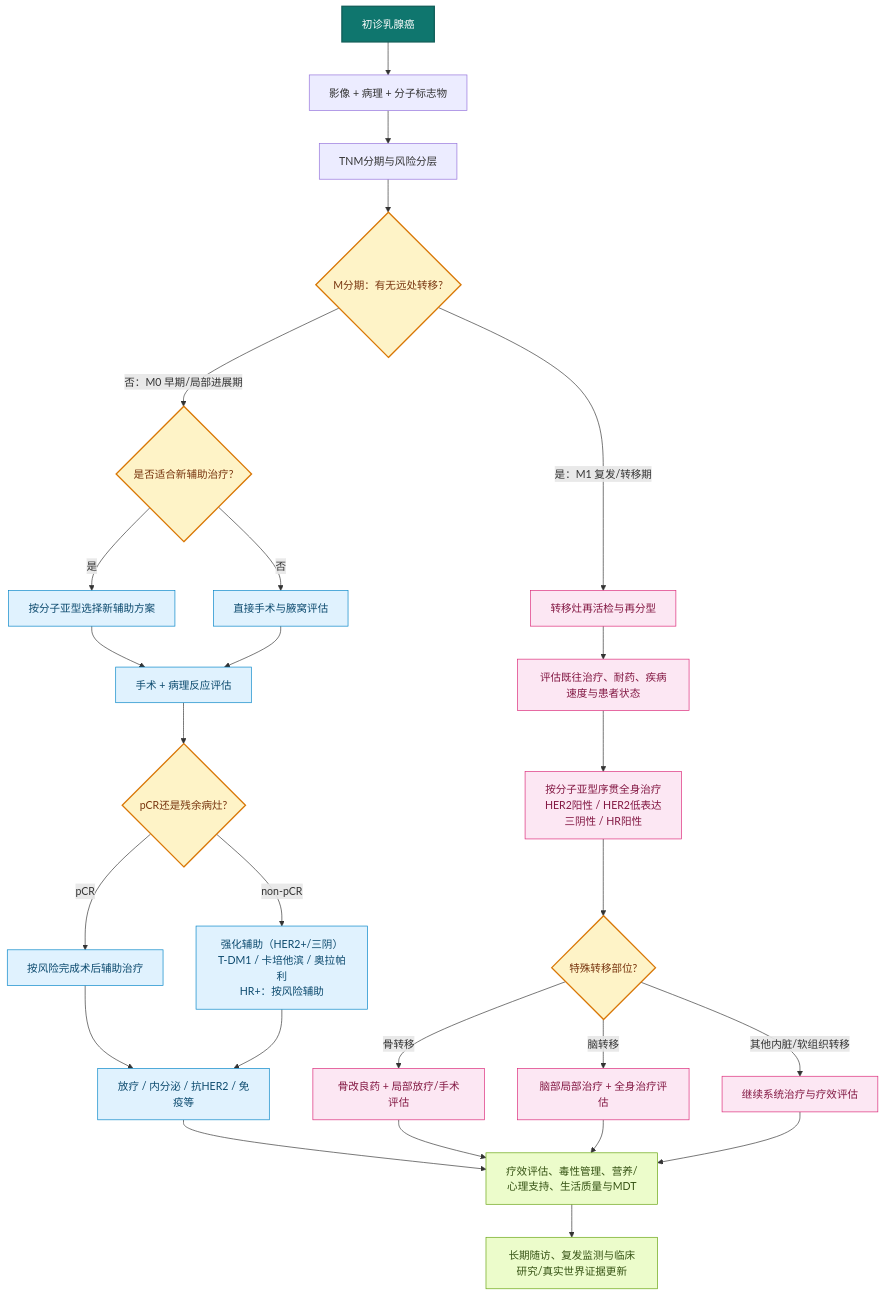
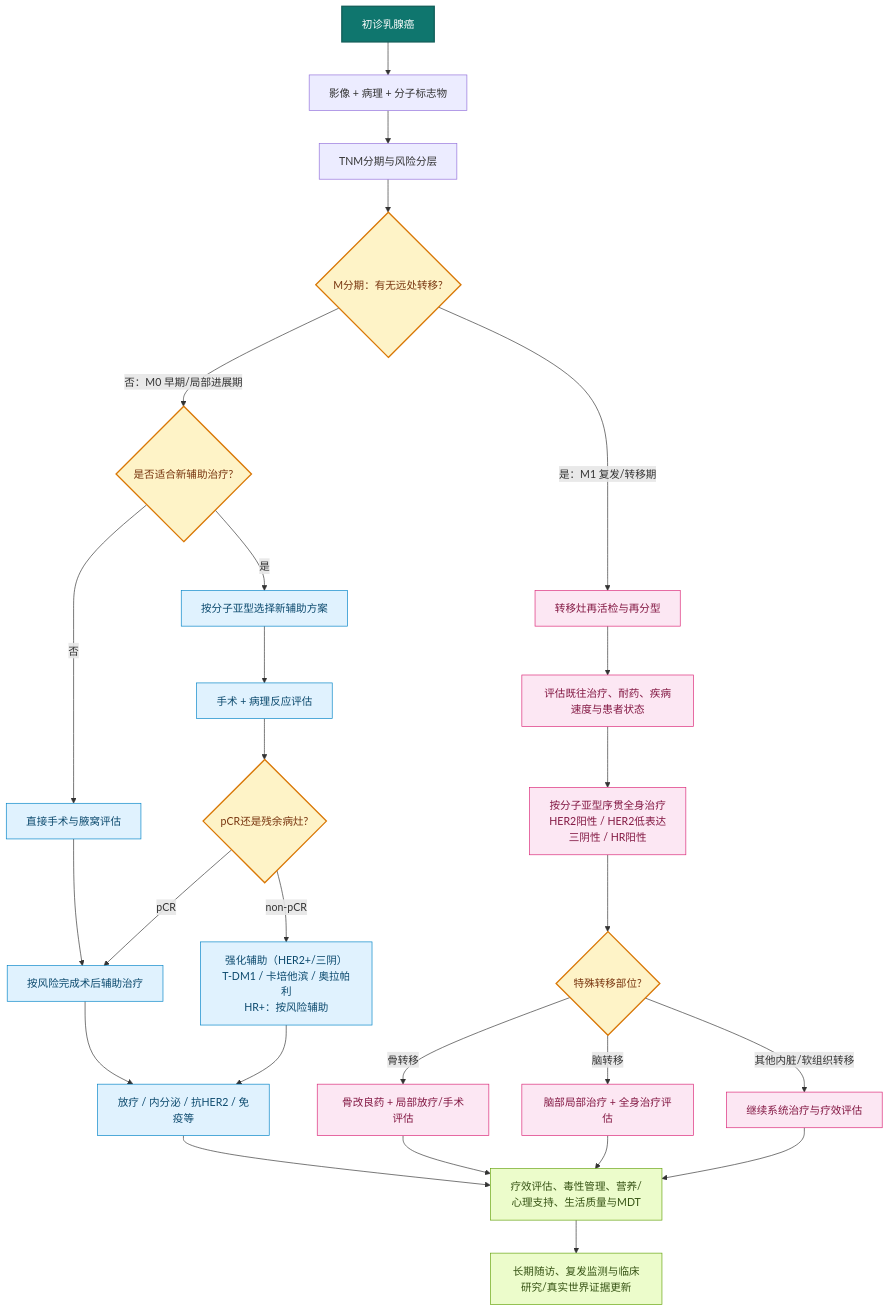
One commit to dongjb741280/breast-cancer changed the diagram in diagrams/breast-cancer-treatment-decision-chain.mmd. Above: the diagram before and after it, drawn with Mermaid. The commit also changed 4 other files, not shown here.

```diff
--- a/diagrams/breast-cancer-treatment-decision-chain.mmd
+++ b/diagrams/breast-cancer-treatment-decision-chain.mmd
@@ -1,42 +1,42 @@
 %% 乳腺癌诊疗决策链（高层结构图）
 %% 范围：常见乳腺癌主线；未含年轻乳腺癌、男性乳腺癌及恶性叶状肿瘤（见指南第八/九/十章）
 graph TD
     A[初诊乳腺癌] --> B[影像 + 病理 + 分子标志物]
     B --> C[TNM分期与风险分层]
     C --> D{M分期：有无远处转移?}
 
     D -->|否：M0 早期/局部进展期| E{是否适合新辅助治疗?}
     E -->|是| F[按分子亚型选择新辅助方案]
     E -->|否| G[直接手术与腋窝评估]
     F --> H[手术 + 病理反应评估]
-    G --> H
+    G --> J[按风险完成术后辅助治疗]
     H --> I{pCR还是残余病灶?}
     I -->|pCR| J[按风险完成术后辅助治疗]
     I -->|non-pCR| K[强化辅助（HER2+/三阴）<br/>T-DM1 / 卡培他滨 / 奥拉帕利<br/>HR+：按风险辅助]
     J --> L[放疗 / 内分泌 / 抗HER2 / 免疫等]
     K --> L
 
     D -->|是：M1 复发/转移期| M[转移灶再活检与再分型]
     M --> N[评估既往治疗、耐药、疾病速度与患者状态]
     N --> O[按分子亚型序贯全身治疗<br/>HER2阳性 / HER2低表达<br/>三阴性 / HR阳性]
     O --> P{特殊转移部位?}
     P -->|骨转移| Q[骨改良药 + 局部放疗/手术评估]
     P -->|脑转移| R[脑部局部治疗 + 全身治疗评估]
     P -->|其他内脏/软组织转移| S[继续系统治疗与疗效评估]
 
     L --> T[疗效评估、毒性管理、营养/心理支持、生活质量与MDT]
     Q --> T
     R --> T
     S --> T
     T --> U[长期随访、复发监测与临床研究/真实世界证据更新]
 
     classDef start fill:#0f766e,stroke:#115e59,color:#fff,stroke-width:2px;
     classDef decision fill:#fef3c7,stroke:#d97706,color:#78350f,stroke-width:2px;
     classDef early fill:#e0f2fe,stroke:#0284c7,color:#0c4a6e;
     classDef advanced fill:#fce7f3,stroke:#db2777,color:#831843;
     classDef support fill:#ecfccb,stroke:#65a30d,color:#365314;
     class A start;
     class D,E,I,P decision;
     class F,G,H,J,K,L early;
     class M,N,O,Q,R,S advanced;
     class T,U support;
```
